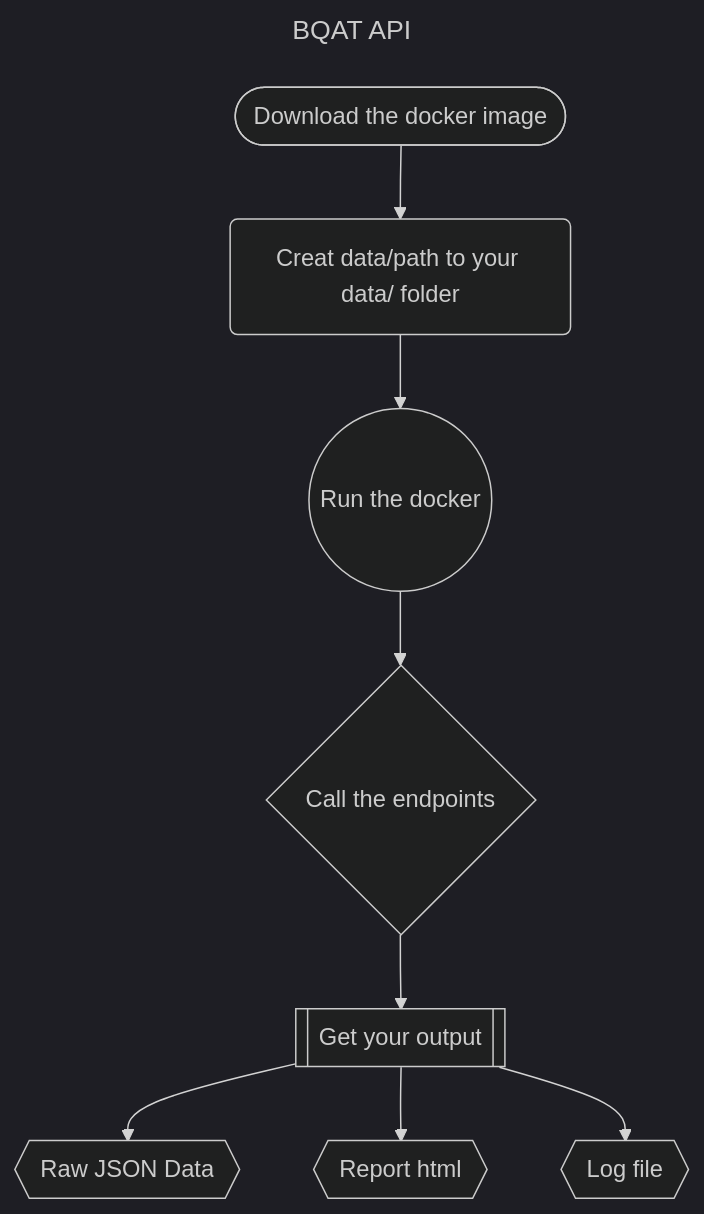
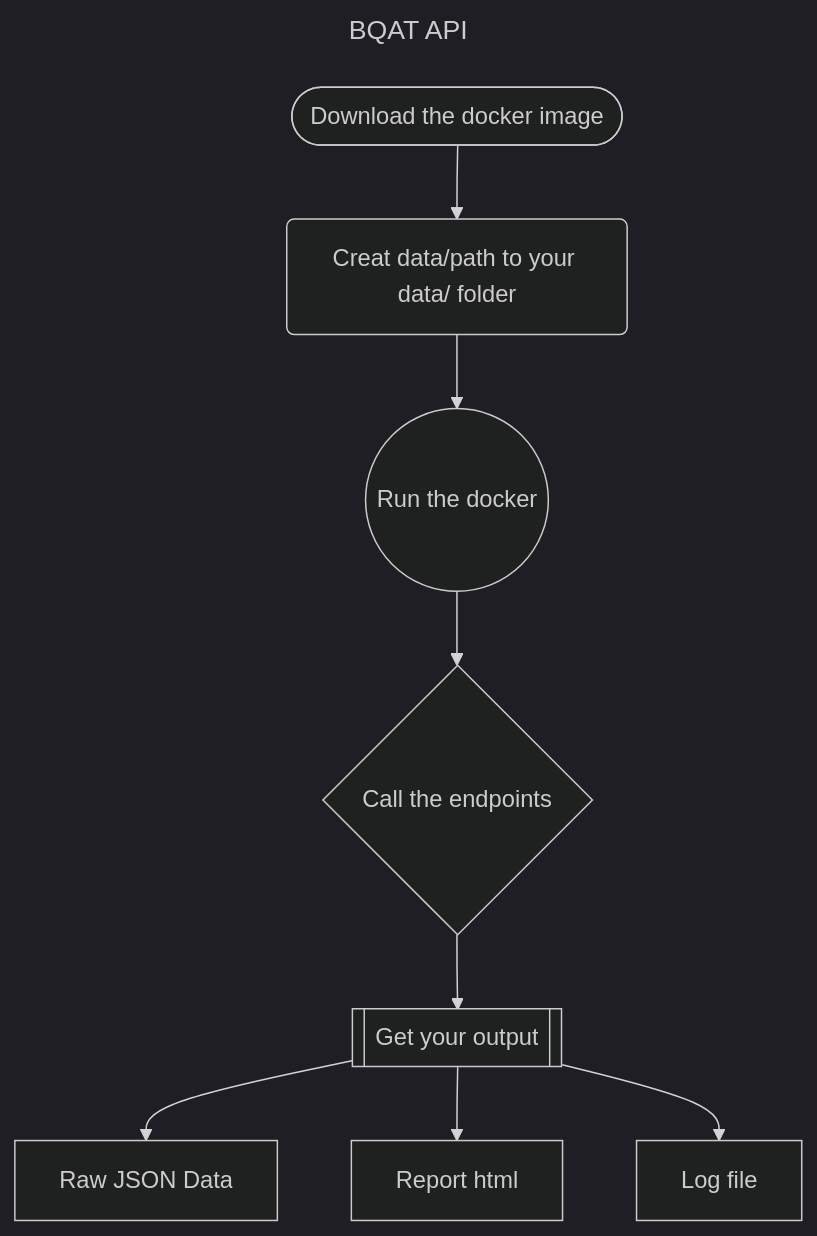
One commit to Biometix/biometix.github.io changed the diagram in solutions/api.md. Above: the diagram before and after it, drawn with Mermaid (dark theme). The commit also changed 3 other files, not shown here.

````diff
--- a/solutions/api.md
+++ b/solutions/api.md
@@ -21,14 +21,14 @@
 ``` mermaid
 ---
 title: BQAT API
 ---
 graph TD
     download([Download the docker image]) --> data(Creat data/path to your data/ folder)
     data(Creat data/path to your data/ folder) --> run((Run the docker))
     run((Run the docker)) --> endpoints{Call the endpoints}
     endpoints{Call the endpoints} --> output[[Get your output]]
-    output[[Get your output]] --> json{{Raw JSON Data}}
-    output[[Get your output]] --> report{{Report html}}
-    output[[Get your output]] --> log{{Log file}}
+    output[[Get your output]] --> json[Raw JSON Data]
+    output[[Get your output]] --> report[Report html]
+    output[[Get your output]] --> log[Log file]
 
 ```
````
